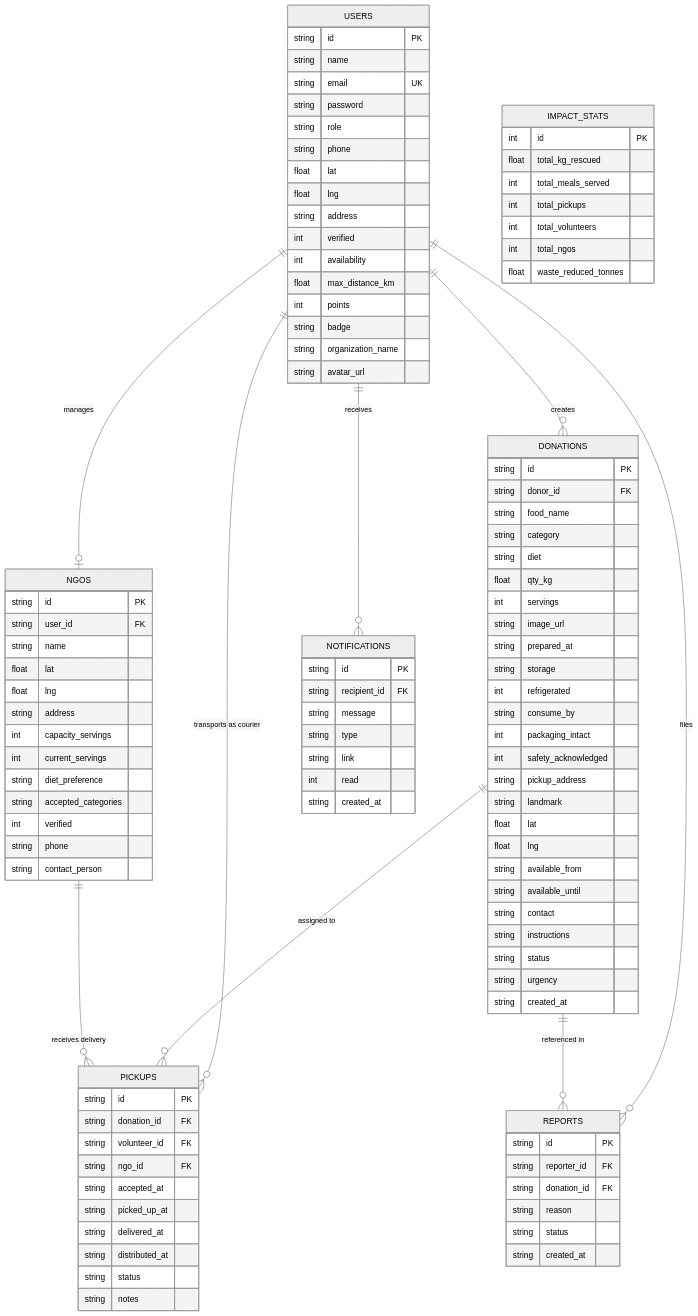
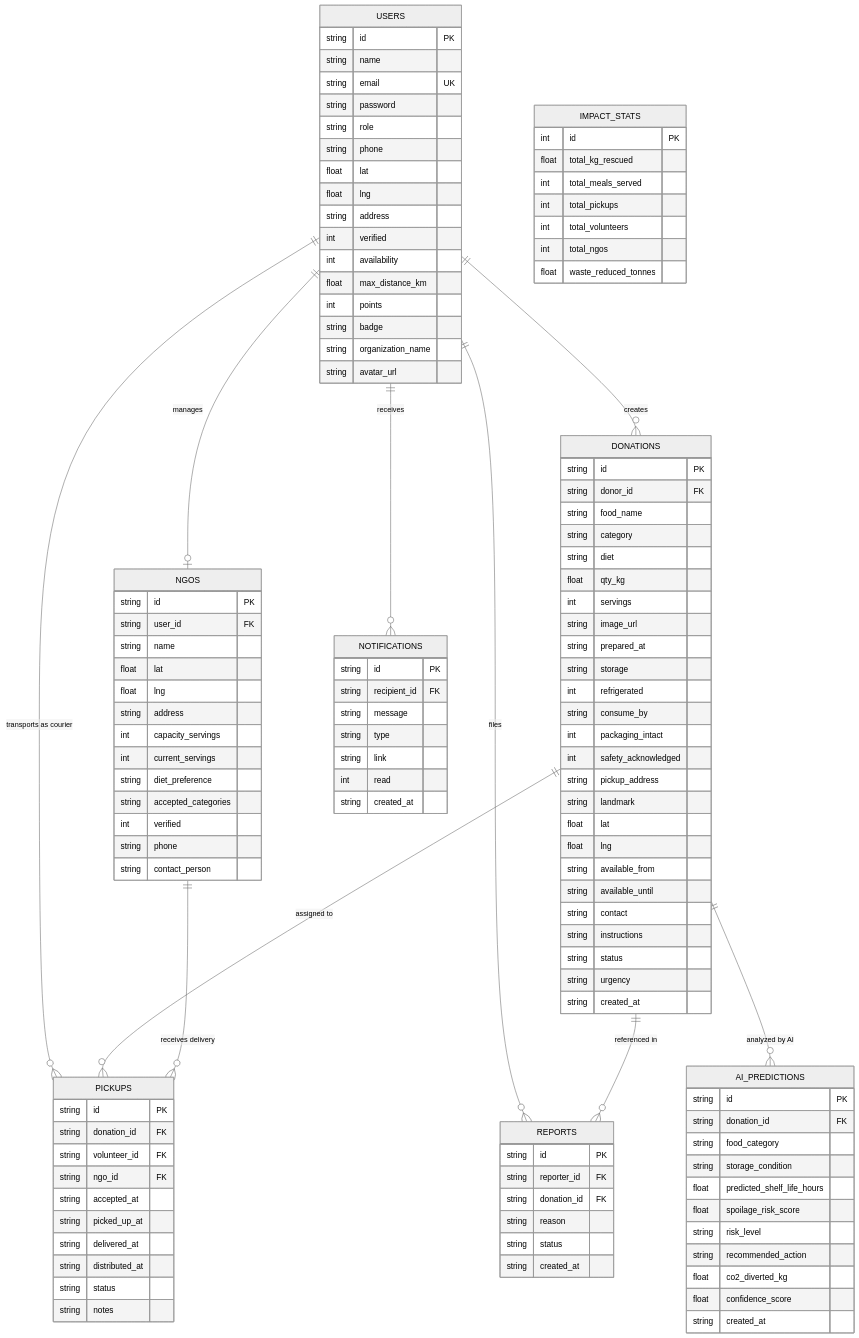
Before and after one commit to kkishorpatil93/Reducing-food-: the diagram in DATABASE.md, drawn with Mermaid (neutral theme). The commit also changed other lines of this file and 2 other files, not shown here.

Commit message:
feat(ai): add food waste prediction module and ai_predictions schema

````diff
--- a/DATABASE.md
+++ b/DATABASE.md
@@ -20,6 +21,7 @@
     USERS ||--o{ REPORTS : "files"
     DONATIONS ||--o{ PICKUPS : "assigned to"
     DONATIONS ||--o{ REPORTS : "referenced in"
+    DONATIONS ||--o{ AI_PREDICTIONS : "analyzed by AI"
     NGOS ||--o{ PICKUPS : "receives delivery"
 
     USERS {
@@ -126,4 +128,18 @@
         int total_ngos
         float waste_reduced_tonnes
     }
+
+    AI_PREDICTIONS {
+        string id PK
+        string donation_id FK
+        string food_category
+        string storage_condition
+        float predicted_shelf_life_hours
+        float spoilage_risk_score
+        string risk_level
+        string recommended_action
+        float co2_diverted_kg
+        float confidence_score
+        string created_at
+    }
 ```
````
